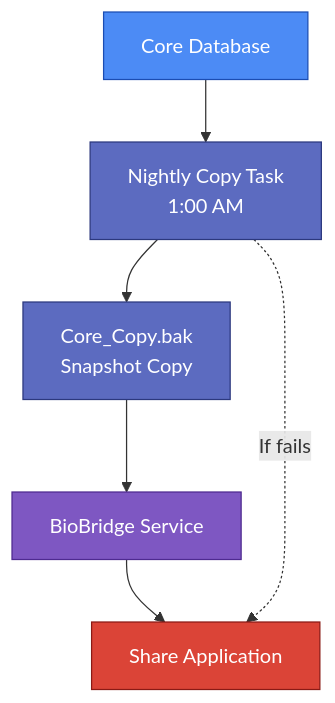
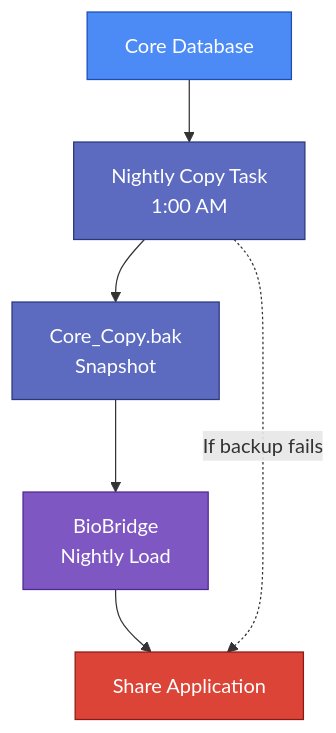
Before and after one commit to HashimZaffar/the-Practical-Test: the second of 2 diagrams in README.md, drawn with Mermaid. The commit also changed other lines of this file, not shown here.

````diff
--- a/README.md
+++ b/README.md
@@ -147,18 +180,16 @@
 ```mermaid
 flowchart TB
-    %% Styling
     classDef task fill:#5c6bc0,stroke:#2c387e,color:white
     classDef core fill:#4c8bf5,stroke:#1b4db3,color:white
     classDef bridge fill:#7e57c2,stroke:#4e2a90,color:white
     classDef share fill:#db4437,stroke:#8b1a15,color:white
 
     Core[Core Database]:::core
     Task[Nightly Copy Task<br/>1:00 AM]:::task
-    Backup[Core_Copy.bak<br/>Snapshot Copy]:::task
-    Bridge[BioBridge Service]:::bridge
-    Share[Share Application]:::share
+    Backup[Core_Copy.bak<br/>Snapshot]:::task
+    Bridge[BioBridge<br/>Nightly Load]:::bridge
+    ShareApp[Share Application]:::share
 
-    Core --> Task --> Backup --> Bridge --> Share
-
-    Task -.->|If fails| Share
+    Core --> Task --> Backup --> Bridge --> ShareApp
+    Task -.->|If backup fails| ShareApp
 ```
````
